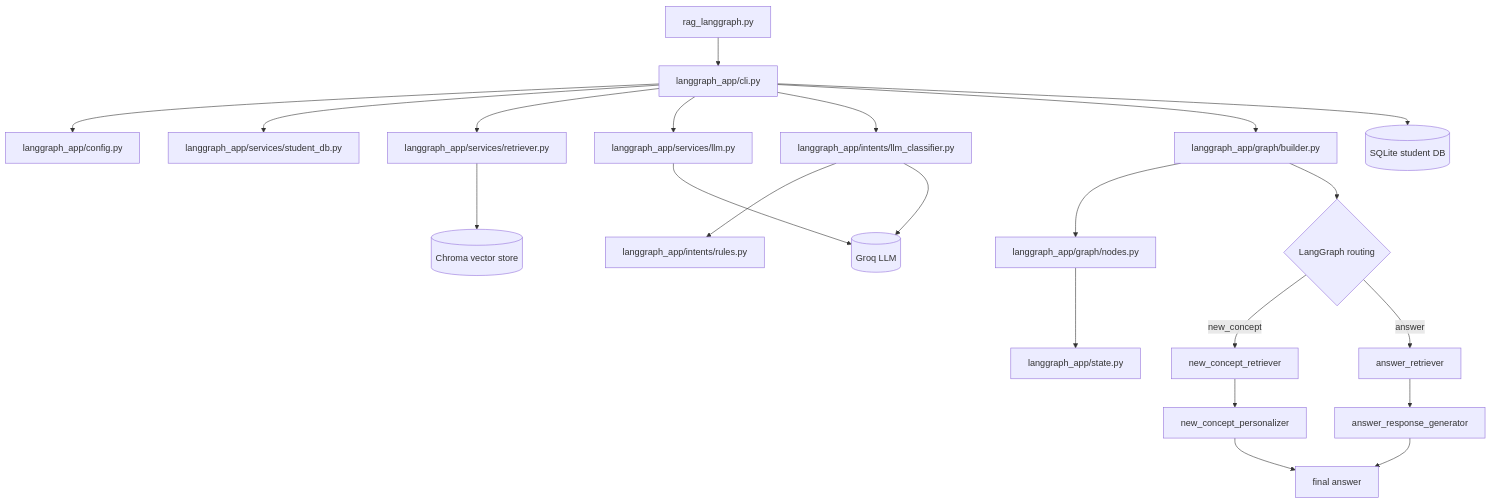
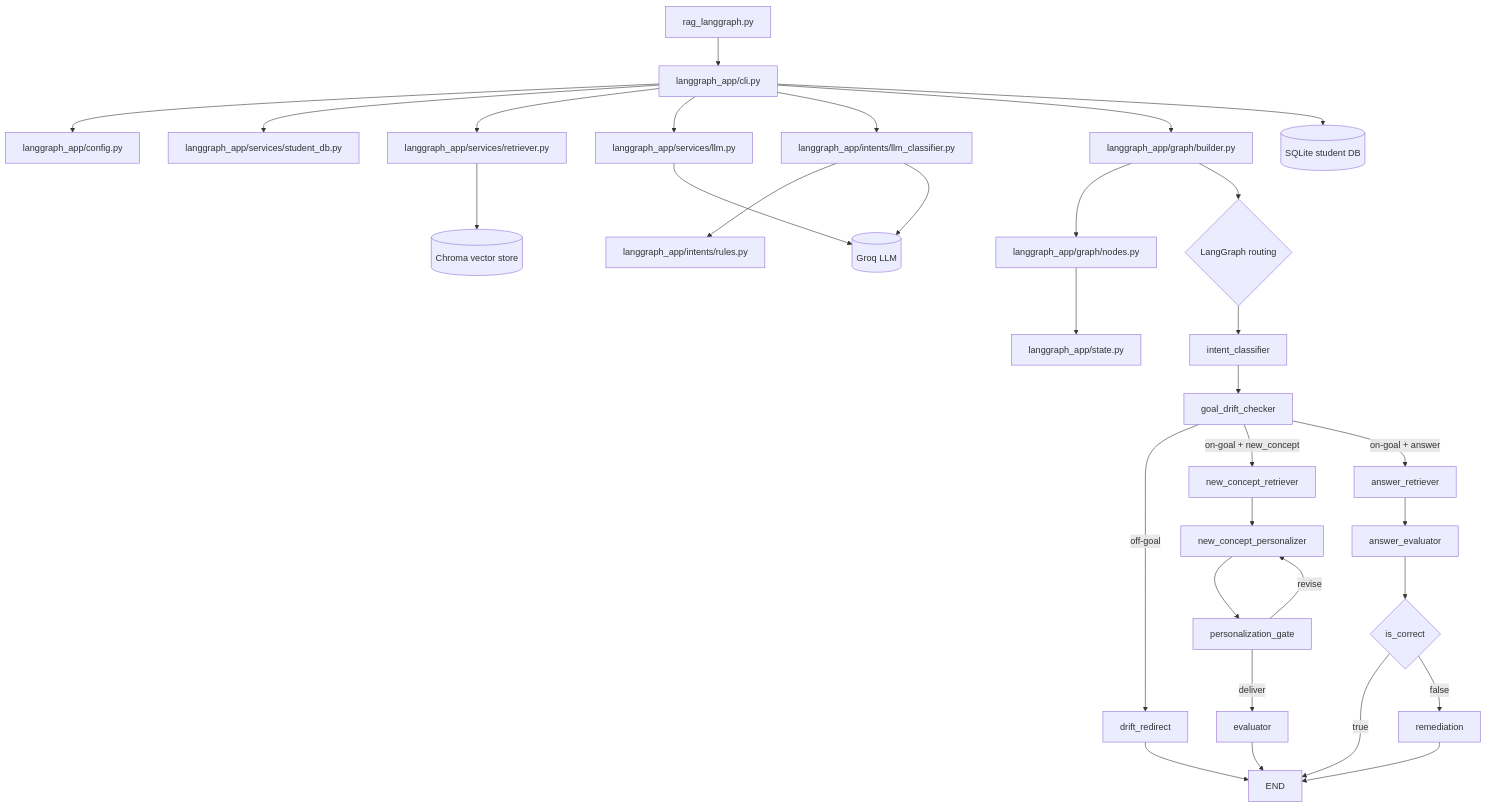
One commit to arxhr007/neurolearn changed the first of 2 diagrams in FLOW.md. Above: the diagram before and after it, drawn with Mermaid. The commit also changed other lines of this file and 19 other files, not shown here.

````diff
--- a/FLOW.md
+++ b/FLOW.md
@@ -7,26 +13,36 @@
 ```mermaid
 flowchart TD
     A[rag_langgraph.py] --> B[langgraph_app/cli.py]
     B --> C[langgraph_app/config.py]
     B --> D[langgraph_app/services/student_db.py]
     B --> E[langgraph_app/services/retriever.py]
     B --> F[langgraph_app/services/llm.py]
     B --> G[langgraph_app/intents/llm_classifier.py]
     G --> H[langgraph_app/intents/rules.py]
     B --> I[langgraph_app/graph/builder.py]
     I --> J[langgraph_app/graph/nodes.py]
     J --> K[langgraph_app/state.py]
 
     B --> L[(SQLite student DB)]
     E --> M[(Chroma vector store)]
     F --> N[(Groq LLM)]
     G --> N
 
     I --> O{LangGraph routing}
-    O -->|new_concept| P[new_concept_retriever]
-    O -->|answer| Q[answer_retriever]
-    P --> R[new_concept_personalizer]
-    Q --> S[answer_response_generator]
-    R --> T[final answer]
-    S --> T
+    O --> P[intent_classifier]
+    P --> Q[goal_drift_checker]
+    Q -->|off-goal| R[drift_redirect]
+    R --> X[END]
+    Q -->|on-goal + new_concept| S[new_concept_retriever]
+    S --> T[new_concept_personalizer]
+    T --> U[personalization_gate]
+    U -->|revise| T
+    U -->|deliver| V[evaluator]
+    V --> X
+    Q -->|on-goal + answer| W[answer_retriever]
+    W --> Y[answer_evaluator]
+    Y --> Z{is_correct}
+    Z -->|true| X
+    Z -->|false| AA[remediation]
+    AA --> X
 ```
````
